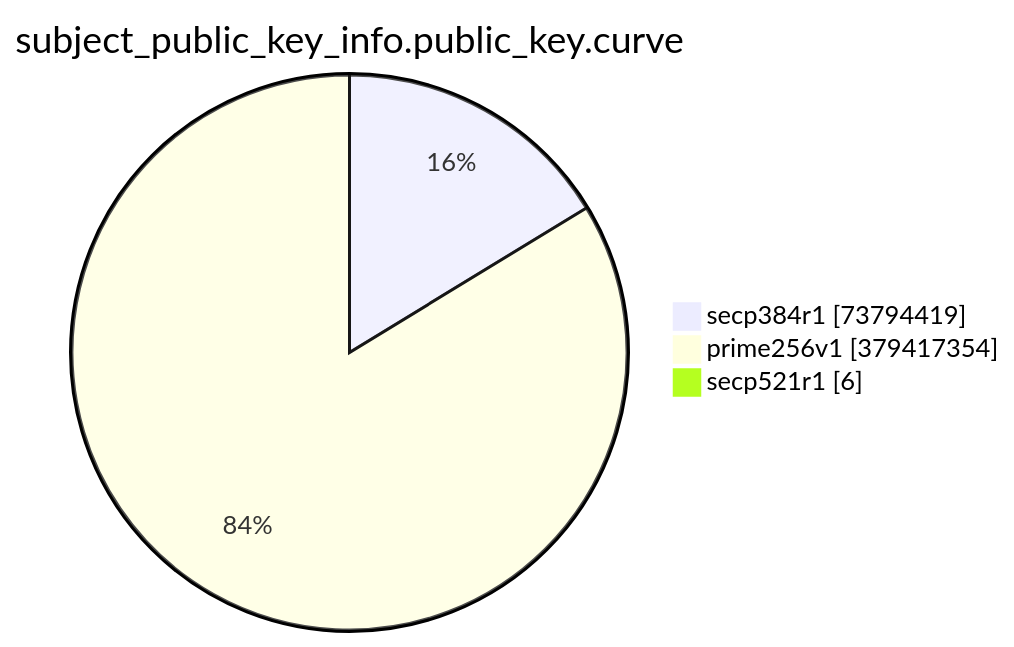
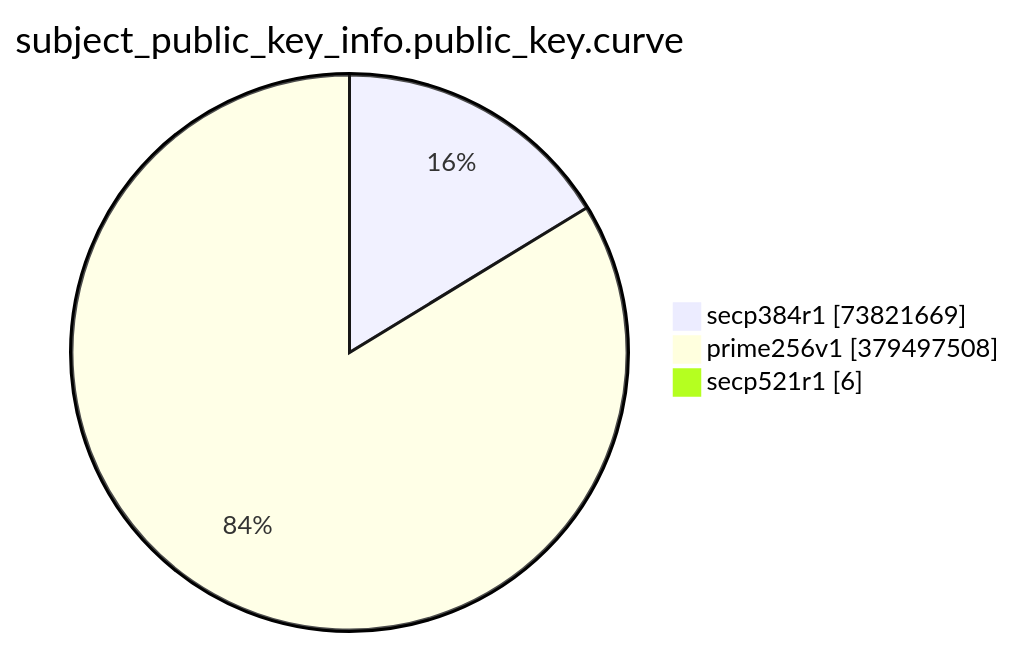
One commit to christiankrug/ctmonitor_visualization changed the eighth of 15 diagrams in TOTAL/README.md. Above: the diagram before and after it, drawn with Mermaid. The commit also changed other lines of this file, not shown here.

````diff
--- a/TOTAL/README.md
+++ b/TOTAL/README.md
@@ -3094,7 +3094,7 @@
 ```mermaid
 pie showData
 title subject_public_key_info.public_key.curve
-"secp384r1" :73794419
-"prime256v1" :379417354
+"secp384r1" :73821669
+"prime256v1" :379497508
 "secp521r1" :6
 ```
````
